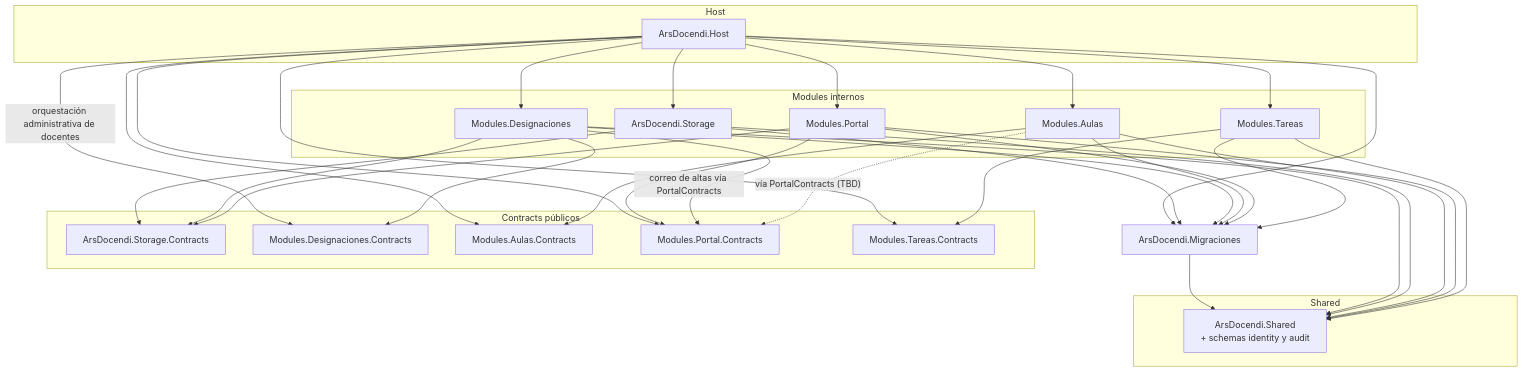
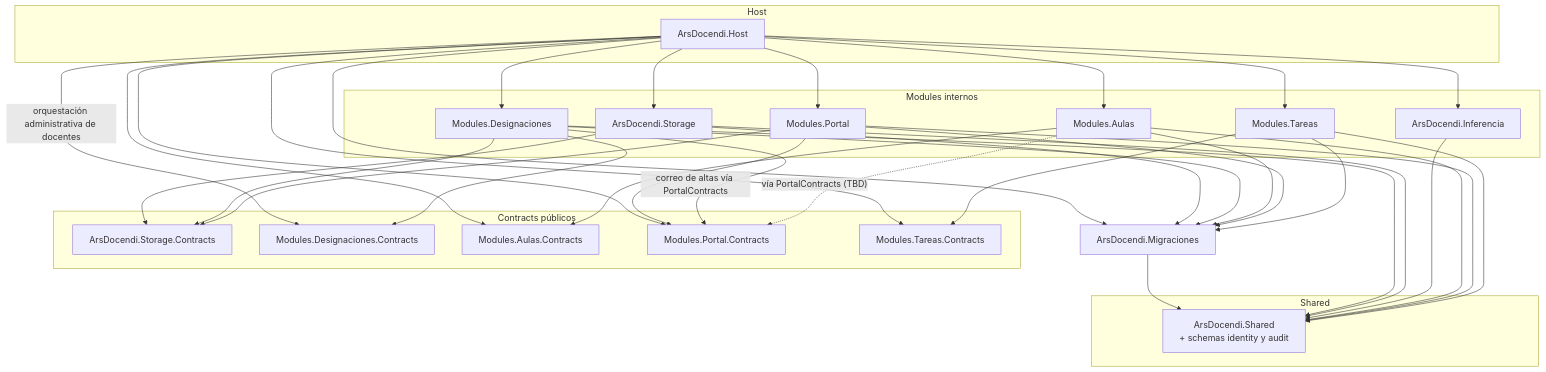
One commit to Ars-Docendi/ars-docendi changed the diagram in docs/architecture/dependency-graph.md. Above: the diagram before and after it, drawn with Mermaid. The commit also changed other lines of this file and 81 other files, not shown here.

````diff
--- a/docs/architecture/dependency-graph.md
+++ b/docs/architecture/dependency-graph.md
@@ -11,57 +11,60 @@
 ```mermaid
 flowchart TD
   subgraph host [Host]
     Host["ArsDocendi.Host"]
   end
   subgraph shared [Shared]
     Shared["ArsDocendi.Shared<br/>+ schemas identity y audit"]
   end
   subgraph contracts [Contracts públicos]
     StorageContracts["ArsDocendi.Storage.Contracts"]
     DesignacionesContracts["Modules.Designaciones.Contracts"]
     AulasContracts["Modules.Aulas.Contracts"]
     PortalContracts["Modules.Portal.Contracts"]
     TareasContracts["Modules.Tareas.Contracts"]
   end
   subgraph modules [Modules internos]
     Storage["ArsDocendi.Storage"]
+    Inferencia["ArsDocendi.Inferencia"]
     Designaciones["Modules.Designaciones"]
     Aulas["Modules.Aulas"]
     Portal["Modules.Portal"]
     Tareas["Modules.Tareas"]
   end
 
   Host --> Migraciones["ArsDocendi.Migraciones"]
   Migraciones --> Shared
   Storage --> Migraciones
   Designaciones --> Migraciones
   Aulas --> Migraciones
   Portal --> Migraciones
   Tareas --> Migraciones
   Host --> Designaciones
   Host --> Storage
+  Host --> Inferencia
   Host --> Aulas
   Host --> Portal
   Host --> Tareas
   Host -->|"orquestación administrativa de docentes"| DesignacionesContracts
   Host --> AulasContracts
   Host --> PortalContracts
   Host --> TareasContracts
 
   Designaciones --> Shared
   Storage --> Shared
+  Inferencia --> Shared
   Aulas --> Shared
   Portal --> Shared
   Tareas --> Shared
 
   Designaciones --> DesignacionesContracts
   Storage --> StorageContracts
   Designaciones --> StorageContracts
   Aulas --> AulasContracts
   Portal --> PortalContracts
   Portal --> StorageContracts
   Tareas --> TareasContracts
 
   Designaciones -->|"correo de altas vía PortalContracts"| PortalContracts
   Aulas -.->|"vía PortalContracts (TBD)"| PortalContracts
 ```
````
